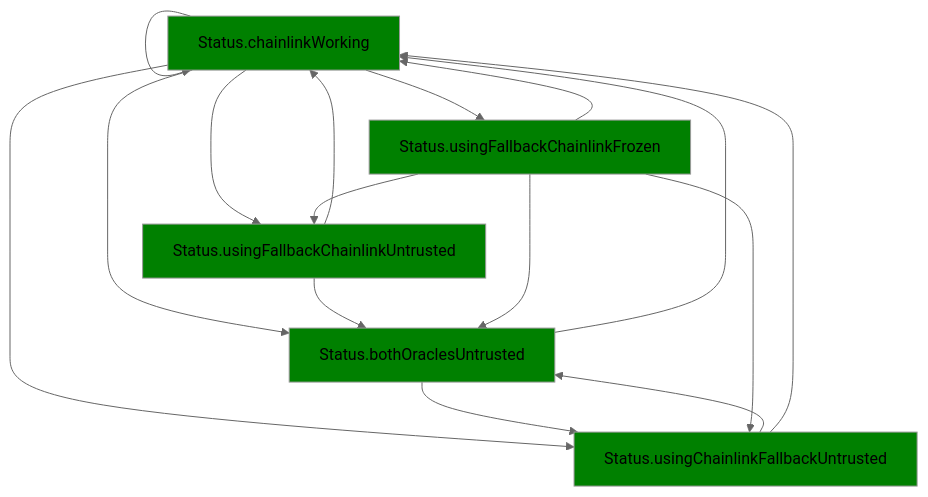
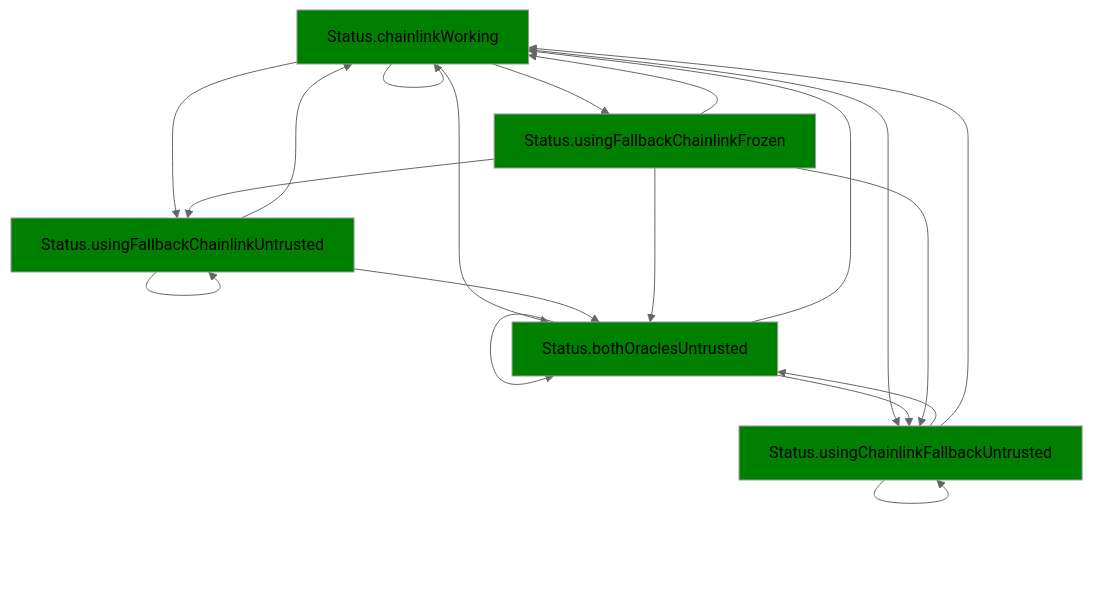
Before and after one commit to ebtc-protocol/ebtc: the diagram in packages/contracts/specs/PriceFeed.md, drawn with Mermaid (neutral theme). The commit also changed 3 other files, not shown here.

````diff
--- a/packages/contracts/specs/PriceFeed.md
+++ b/packages/contracts/specs/PriceFeed.md
@@ -1,33 +1,36 @@
 ```mermaid
 flowchart TD
     %% CASE 1
     Status.chainlinkWorking --> Status.bothOraclesUntrusted
     Status.chainlinkWorking --> Status.usingFallbackChainlinkUntrusted
     Status.chainlinkWorking --> Status.usingChainlinkFallbackUntrusted
     Status.chainlinkWorking --> Status.usingFallbackChainlinkFrozen
     Status.chainlinkWorking --> Status.chainlinkWorking
 
     %% CASE 2
     Status.usingFallbackChainlinkUntrusted --> Status.chainlinkWorking
     Status.usingFallbackChainlinkUntrusted --> Status.bothOraclesUntrusted
+    Status.usingFallbackChainlinkUntrusted --> Status.usingFallbackChainlinkUntrusted
 
     %% CASE 3
     Status.bothOraclesUntrusted --> Status.usingChainlinkFallbackUntrusted
     Status.bothOraclesUntrusted --> Status.chainlinkWorking
+    Status.bothOraclesUntrusted --> Status.bothOraclesUntrusted
 
     %% CASE 4
     Status.usingFallbackChainlinkFrozen --> Status.bothOraclesUntrusted
     Status.usingFallbackChainlinkFrozen --> Status.usingFallbackChainlinkUntrusted
     Status.usingFallbackChainlinkFrozen --> Status.usingChainlinkFallbackUntrusted
     Status.usingFallbackChainlinkFrozen --> Status.chainlinkWorking
 
     %% CASE 5
     Status.usingChainlinkFallbackUntrusted --> Status.bothOraclesUntrusted
     Status.usingChainlinkFallbackUntrusted --> Status.chainlinkWorking
+    Status.usingChainlinkFallbackUntrusted --> Status.usingChainlinkFallbackUntrusted
 
     style Status.chainlinkWorking fill:green
     style Status.usingFallbackChainlinkUntrusted fill:green
     style Status.bothOraclesUntrusted fill:green
     style Status.usingFallbackChainlinkFrozen fill:green
     style Status.usingChainlinkFallbackUntrusted fill:green
 ```
````
